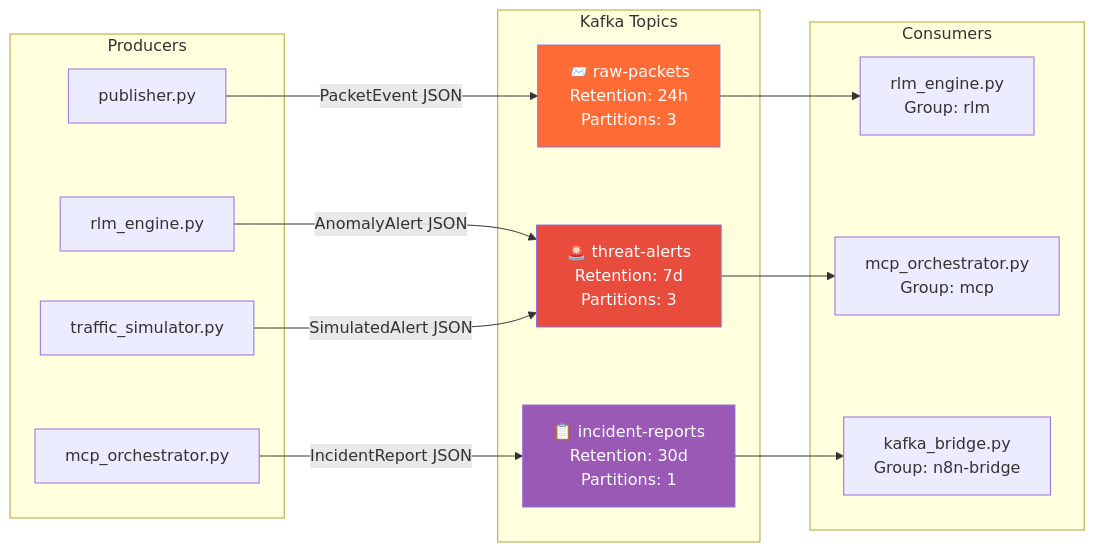
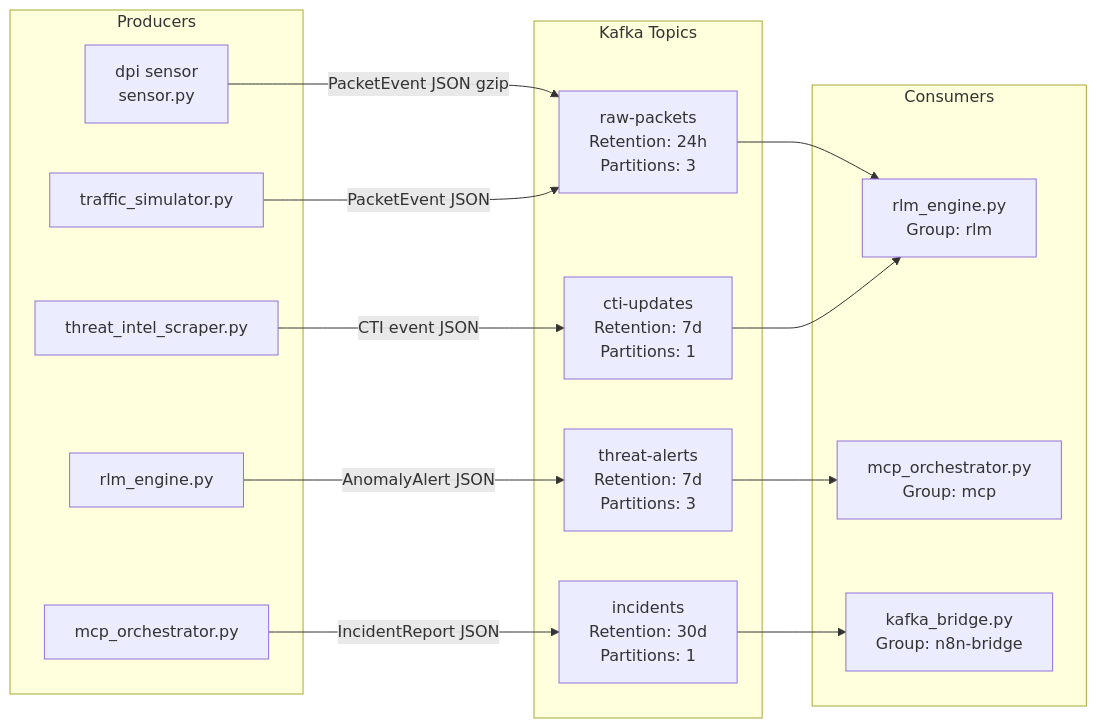
Before and after one commit to Skarthik06/cybersentinel-ai: the sixth of 21 diagrams in docs/MASTER.md, drawn with Mermaid. The commit also changed other lines of this file and 50 other files, not shown here.

````diff
--- a/docs/MASTER.md
+++ b/docs/MASTER.md
@@ -494,34 +380,34 @@
 ```mermaid
 graph LR
     subgraph PRODUCERS["Producers"]
-        PUB["publisher.py"]
-        RLM_P["rlm_engine.py"]
-        SIM_P["traffic_simulator.py"]
-        MCP_P["mcp_orchestrator.py"]
+        DPI_P[dpi sensor\nsensor.py]
+        SIM_P[traffic_simulator.py]
+        RLM_P[rlm_engine.py]
+        MCP_P[mcp_orchestrator.py]
+        CTI_P[threat_intel_scraper.py]
     end
 
     subgraph TOPICS["Kafka Topics"]
-        RP["📨 raw-packets\nRetention: 24h\nPartitions: 3"]
-        TA["🚨 threat-alerts\nRetention: 7d\nPartitions: 3"]
-        IR["📋 incident-reports\nRetention: 30d\nPartitions: 1"]
+        RP[raw-packets\nRetention: 24h\nPartitions: 3]
+        TA[threat-alerts\nRetention: 7d\nPartitions: 3]
+        INC[incidents\nRetention: 30d\nPartitions: 1]
+        CTI[cti-updates\nRetention: 7d\nPartitions: 1]
     end
 
     subgraph CONSUMERS["Consumers"]
-        RLM_C["rlm_engine.py\nGroup: rlm"]
-        MCP_C["mcp_orchestrator.py\nGroup: mcp"]
-        BRIDGE_C["kafka_bridge.py\nGroup: n8n-bridge"]
+        RLM_C[rlm_engine.py\nGroup: rlm]
+        MCP_C[mcp_orchestrator.py\nGroup: mcp]
+        BRIDGE_C[kafka_bridge.py\nGroup: n8n-bridge]
     end
 
-    PUB -->|PacketEvent JSON| RP
+    DPI_P -->|PacketEvent JSON gzip| RP
+    SIM_P -->|PacketEvent JSON| RP
     RLM_P -->|AnomalyAlert JSON| TA
-    SIM_P -->|SimulatedAlert JSON| TA
-    MCP_P -->|IncidentReport JSON| IR
+    MCP_P -->|IncidentReport JSON| INC
+    CTI_P -->|CTI event JSON| CTI
 
     RP --> RLM_C
     TA --> MCP_C
-    IR --> BRIDGE_C
-
-    style RP fill:#ff6b35,color:#fff
-    style TA fill:#e74c3c,color:#fff
-    style IR fill:#9b59b6,color:#fff
+    INC --> BRIDGE_C
+    CTI --> RLM_C
 ```
````
